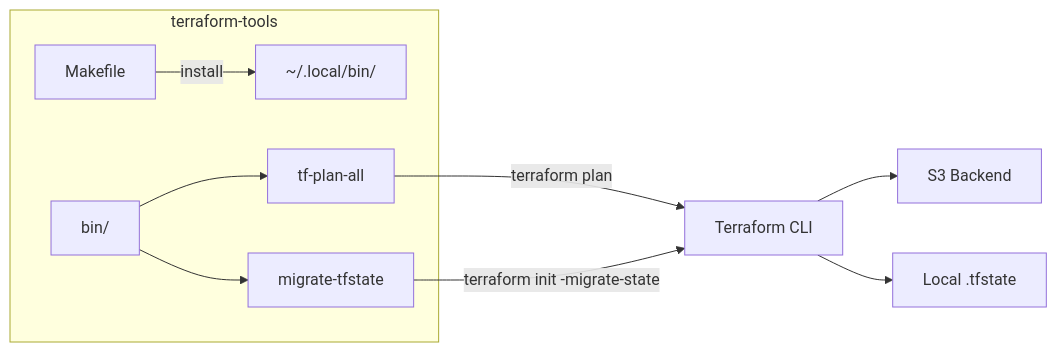
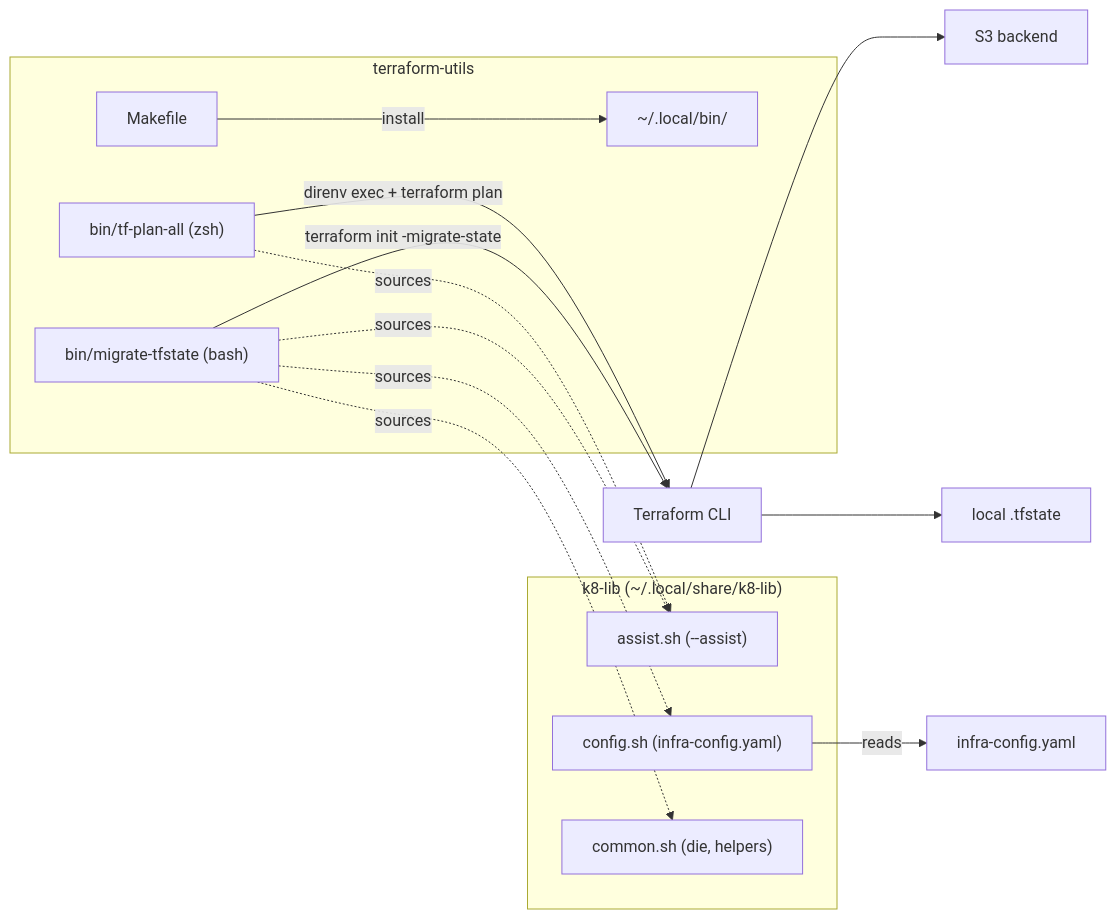
The diagram in docs/PROJ-ARCH.md (the-robot-lives/terraform-tools), drawn with Mermaid before and after one commit. The commit also changed other lines of this file and 3 other files, not shown here.

````diff
--- a/docs/PROJ-ARCH.md
+++ b/docs/PROJ-ARCH.md
@@ -9,13 +11,25 @@
 ```mermaid
 graph LR
-    subgraph terraform-tools
+    subgraph terraform-utils
         M[Makefile] -->|install| ID["~/.local/bin/"]
-        B["bin/"] --> TPA["tf-plan-all"]
-        B --> MTS["migrate-tfstate"]
+        TPA["bin/tf-plan-all (zsh)"]
+        MTS["bin/migrate-tfstate (bash)"]
     end
 
-    TPA -->|"terraform plan"| TF["Terraform CLI"]
+    subgraph "k8-lib (~/.local/share/k8-lib)"
+        A["assist.sh (--assist)"]
+        C["config.sh (infra-config.yaml)"]
+        CM["common.sh (die, helpers)"]
+    end
+
+    TPA -.->|sources| A
+    MTS -.->|sources| A
+    MTS -.->|sources| C
+    MTS -.->|sources| CM
+    C -->|reads| Y["infra-config.yaml"]
+
+    TPA -->|"direnv exec + terraform plan"| TF["Terraform CLI"]
     MTS -->|"terraform init -migrate-state"| TF
-    TF --> S3["S3 Backend"]
-    TF --> Local["Local .tfstate"]
+    TF --> S3["S3 backend"]
+    TF --> Local["local .tfstate"]
 ```
````
